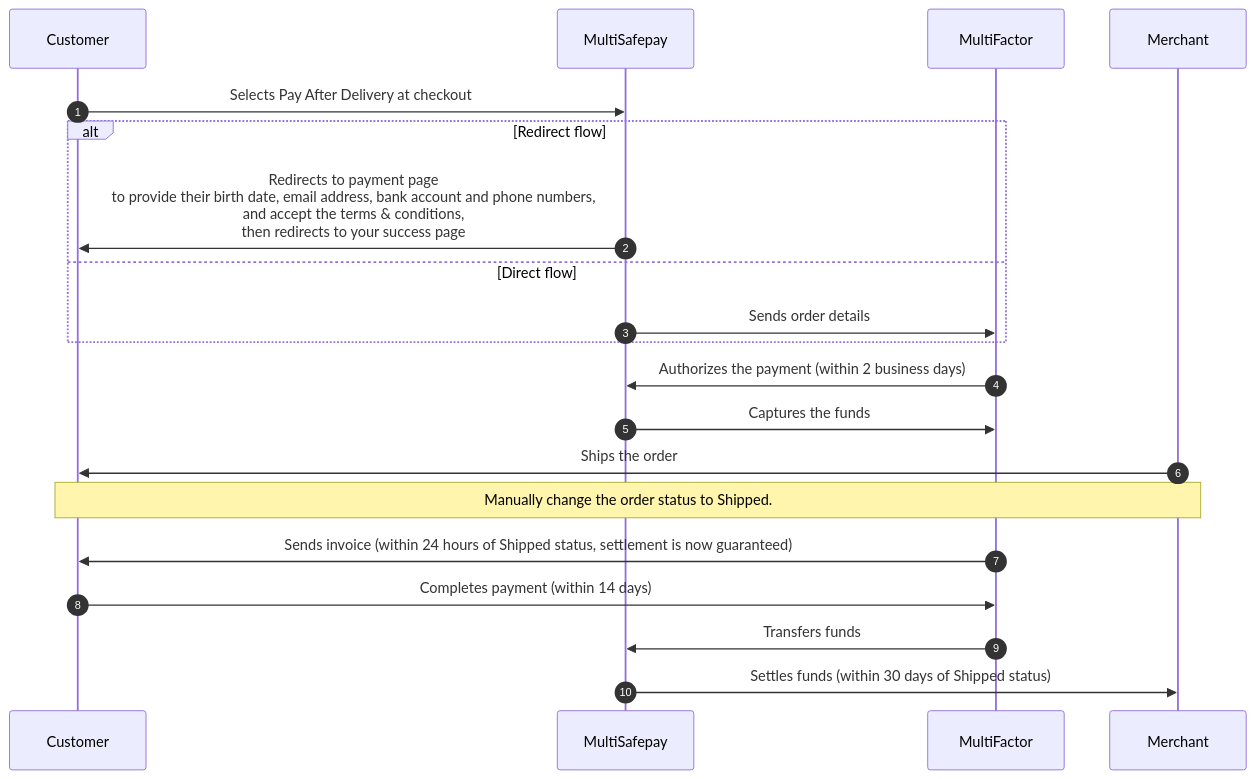
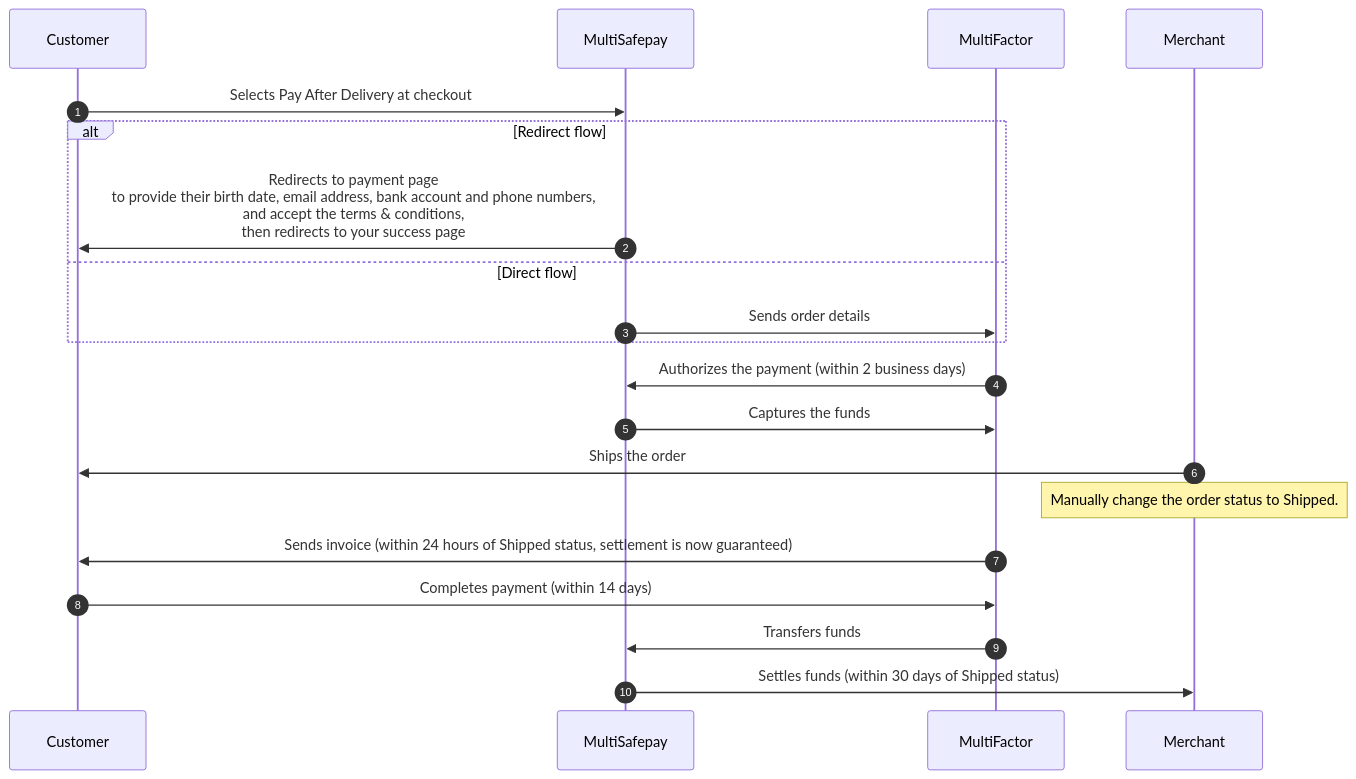
The diagram in static/diagrams/src/pay-after-delivery-payment-flow.mmd (MultiSafepay/docs), drawn with Mermaid before and after one commit. The commit also changed 19 other files, not shown here.

```diff
--- a/static/diagrams/src/pay-after-delivery-payment-flow.mmd
+++ b/static/diagrams/src/pay-after-delivery-payment-flow.mmd
@@ -1,21 +1,21 @@
 sequenceDiagram
     autonumber
     participant C as Customer
     participant Mu as MultiSafepay
     participant MF as MultiFactor
     participant Me as Merchant
 
     C->>Mu: Selects Pay After Delivery at checkout
     alt Redirect flow
     Mu->>C: Redirects to payment page <br> to provide their birth date, email address, bank account and phone numbers, <br> and accept the terms & conditions, <br> then redirects to your success page
     else Direct flow
     Mu->>MF: Sends order details
     end
     MF->>Mu: Authorizes the payment (within 2 business days)
     Mu->>MF: Captures the funds
     Me->>C: Ships the order
-    Note over Me,C: Manually change the order status to Shipped.
+    Note over Me: Manually change the order status to Shipped.
     MF->>C: Sends invoice (within 24 hours of Shipped status, settlement is now guaranteed)
     C->>MF: Completes payment (within 14 days)
     MF->>Mu: Transfers funds 
     Mu->>Me: Settles funds (within 30 days of Shipped status)
```
